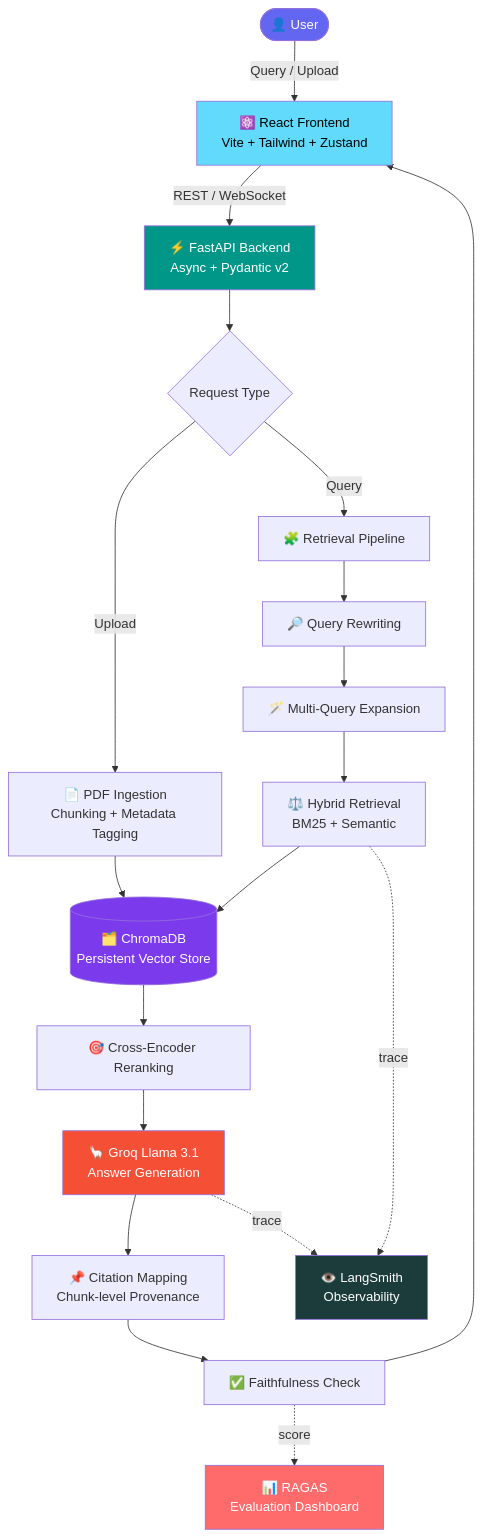
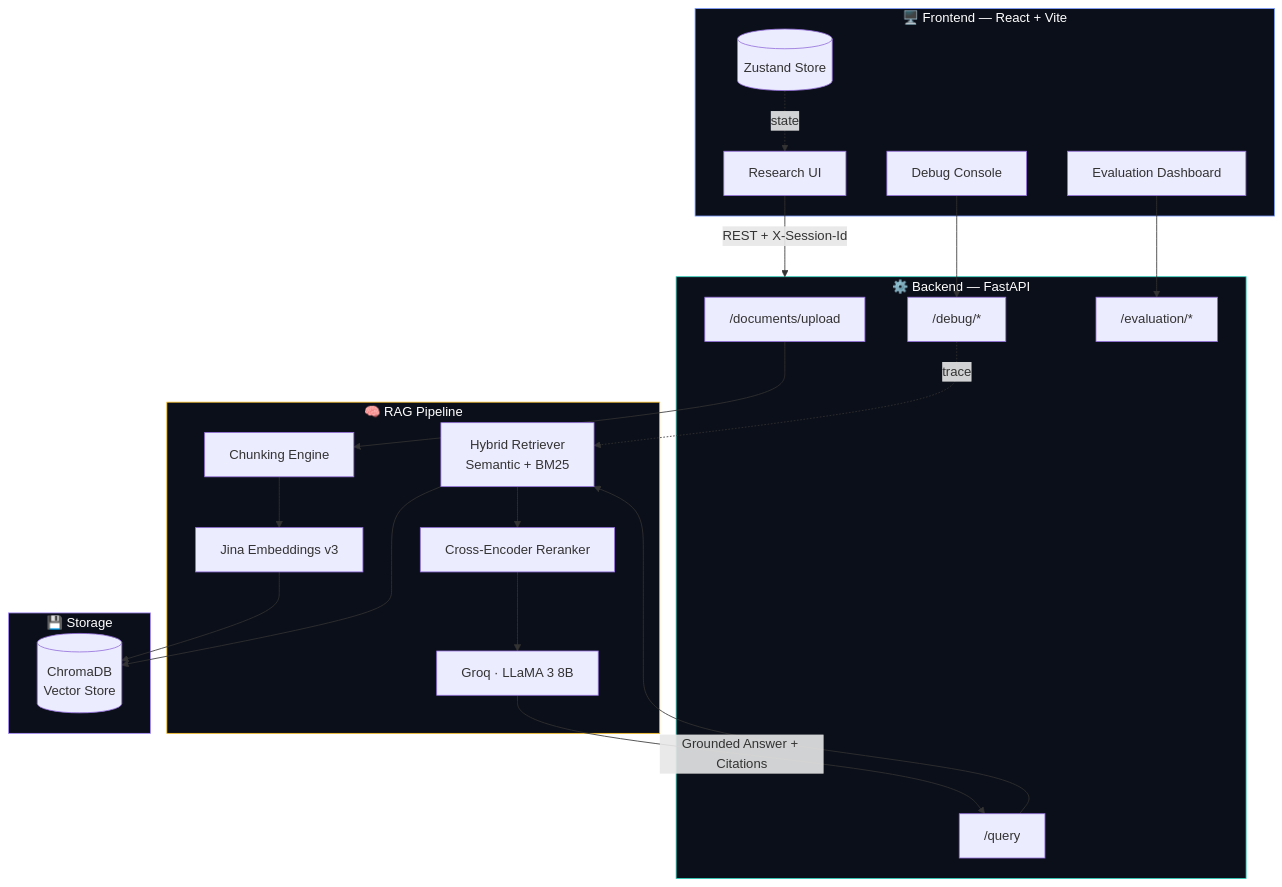
One commit to taj-shabreen/NexusIQ-Research-Assistant changed the first of 4 diagrams in README.md. Above: the diagram before and after it, drawn with Mermaid. The commit also changed other lines of this file, not shown here.

````diff
--- a/README.md
+++ b/README.md
@@ -108,34 +290,46 @@
 ```mermaid
-flowchart TD
-    A([👤 User]) -->|Query / Upload| B[⚛️ React Frontend<br/>Vite + Tailwind + Zustand]
-    B -->|REST / WebSocket| C[⚡ FastAPI Backend<br/>Async + Pydantic v2]
+flowchart TB
+    subgraph Client["🖥️ Frontend — React + Vite"]
+        UI[Research UI]
+        Debug[Debug Console]
+        Eval[Evaluation Dashboard]
+        Store[(Zustand Store)]
+    end
 
-    C --> D{Request Type}
-    D -->|Upload| E[📄 PDF Ingestion<br/>Chunking + Metadata Tagging]
-    D -->|Query| F[🧩 Retrieval Pipeline]
+    subgraph API["⚙️ Backend — FastAPI"]
+        Upload["/documents/upload"]
+        Query["/query"]
+        DebugAPI["/debug/*"]
+        EvalAPI["/evaluation/*"]
+    end
 
-    E --> G[(🗂️ ChromaDB<br/>Persistent Vector Store)]
+    subgraph RAG["🧠 RAG Pipeline"]
+        Chunker[Chunking Engine]
+        Embed[Jina Embeddings v3]
+        Hybrid[Hybrid Retriever<br/>Semantic + BM25]
+        Rerank[Cross-Encoder Reranker]
+        LLM[Groq · LLaMA 3 8B]
+    end
 
-    F --> F1[🔎 Query Rewriting]
-    F1 --> F2[🪄 Multi-Query Expansion]
-    F2 --> F3[⚖️ Hybrid Retrieval<br/>BM25 + Semantic]
-    F3 --> G
-    G --> F4[🎯 Cross-Encoder Reranking]
-    F4 --> H[🦙 Groq Llama 3.1<br/>Answer Generation]
+    subgraph Storage["💾 Storage"]
+        Chroma[(ChromaDB<br/>Vector Store)]
+    end
 
-    H --> I[📌 Citation Mapping<br/>Chunk-level Provenance]
-    I --> J[✅ Faithfulness Check]
-    J --> B
+    UI -->|REST + X-Session-Id| API
+    Debug --> DebugAPI
+    Eval --> EvalAPI
+    Store -.state.-> UI
 
-    F3 -.trace.-> K[👁️ LangSmith<br/>Observability]
-    H -.trace.-> K
-    J -.score.-> L[📊 RAGAS<br/>Evaluation Dashboard]
+    Upload --> Chunker --> Embed --> Chroma
+    Query --> Hybrid
+    Hybrid --> Chroma
+    Hybrid --> Rerank
+    Rerank --> LLM
+    LLM -->|Grounded Answer + Citations| Query
+    DebugAPI -.trace.-> Hybrid
 
-    style A fill:#6366F1,color:#fff
-    style B fill:#61DAFB,color:#000
-    style C fill:#009688,color:#fff
-    style G fill:#7C3AED,color:#fff
-    style H fill:#F55036,color:#fff
-    style K fill:#1C3C3C,color:#fff
-    style L fill:#FF6B6B,color:#fff
+    style Client fill:#0B0F19,stroke:#7C9CFF,color:#fff
+    style API fill:#0B0F19,stroke:#2DD4BF,color:#fff
+    style RAG fill:#0B0F19,stroke:#FBBF24,color:#fff
+    style Storage fill:#0B0F19,stroke:#A78BFA,color:#fff
 ```
````
